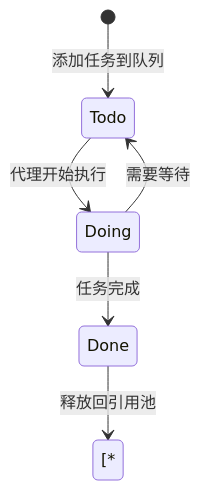
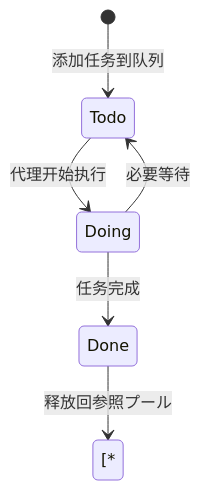
Before and after one commit to AlianBlank/GameFrameX.Docs: the second of 3 diagrams in docs/ja/client/unity/component/core/09.task-pool.md, drawn with Mermaid. The commit also changed other lines of this file and 603 other files, not shown here.

````diff
--- a/docs/ja/client/unity/component/core/09.task-pool.md
+++ b/docs/ja/client/unity/component/core/09.task-pool.md
@@ -63,8 +63,8 @@
 ```mermaid
 stateDiagram-v2
     [*] --> Todo: 添加任务到队列
     Todo --> Doing: 代理开始执行
     Doing --> Done: 任务完成
-    Doing --> Todo: 需要等待
-    Done --> [*: 释放回引用池
+    Doing --> Todo: 必要等待
+    Done --> [*: 释放回参照プール
 ```
````
